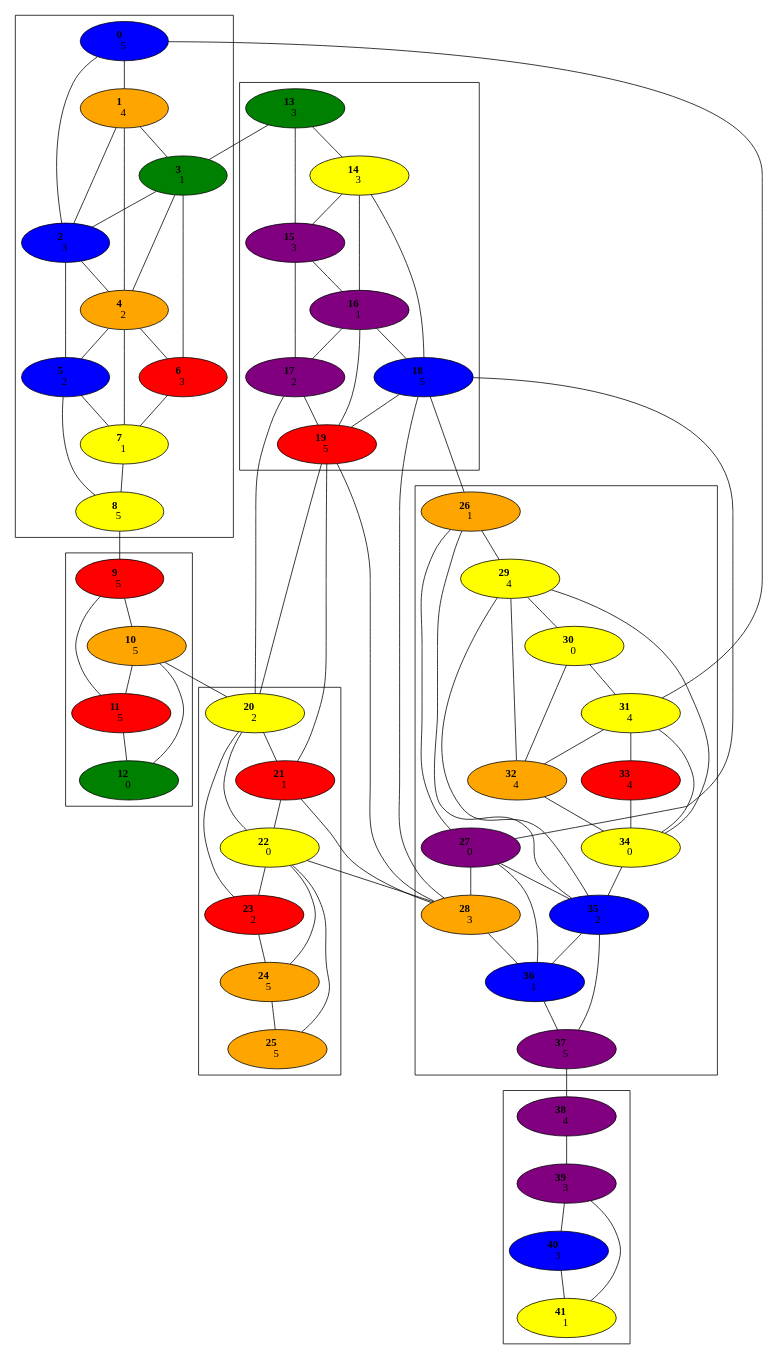
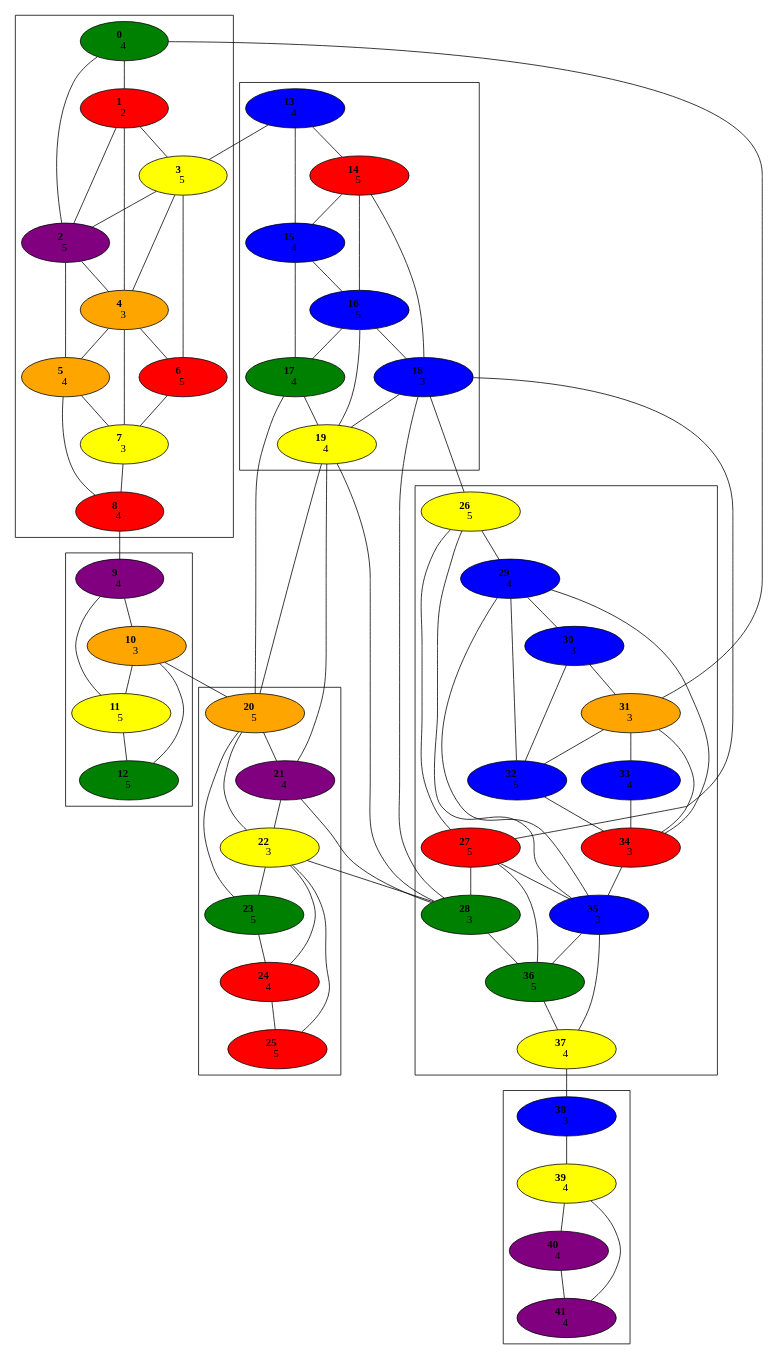
The diagram in Graph.gv (jsf2408/Risk), drawn with Graphviz before and after one commit. The commit also changed 2 other files, not shown here.

```diff
--- a/Graph.gv
+++ b/Graph.gv
@@ -136,88 +136,88 @@
 	39 -- 40
 	39 -- 41
 	40 -- 41
-	0 [fillcolor=blue style=filled]
-	1 [fillcolor=orange style=filled]
-	2 [fillcolor=blue style=filled]
-	3 [fillcolor=green style=filled]
+	0 [fillcolor=green style=filled]
+	1 [fillcolor=red style=filled]
+	2 [fillcolor=purple style=filled]
+	3 [fillcolor=yellow style=filled]
 	4 [fillcolor=orange style=filled]
-	5 [fillcolor=blue style=filled]
+	5 [fillcolor=orange style=filled]
 	6 [fillcolor=red style=filled]
 	7 [fillcolor=yellow style=filled]
-	8 [fillcolor=yellow style=filled]
-	9 [fillcolor=red style=filled]
+	8 [fillcolor=red style=filled]
+	9 [fillcolor=purple style=filled]
 	10 [fillcolor=orange style=filled]
-	11 [fillcolor=red style=filled]
+	11 [fillcolor=yellow style=filled]
 	12 [fillcolor=green style=filled]
-	13 [fillcolor=green style=filled]
-	14 [fillcolor=yellow style=filled]
-	15 [fillcolor=purple style=filled]
-	16 [fillcolor=purple style=filled]
-	17 [fillcolor=purple style=filled]
+	13 [fillcolor=blue style=filled]
+	14 [fillcolor=red style=filled]
+	15 [fillcolor=blue style=filled]
+	16 [fillcolor=blue style=filled]
+	17 [fillcolor=green style=filled]
 	18 [fillcolor=blue style=filled]
-	19 [fillcolor=red style=filled]
-	20 [fillcolor=yellow style=filled]
-	21 [fillcolor=red style=filled]
+	19 [fillcolor=yellow style=filled]
+	20 [fillcolor=orange style=filled]
+	21 [fillcolor=purple style=filled]
 	22 [fillcolor=yellow style=filled]
-	23 [fillcolor=red style=filled]
-	24 [fillcolor=orange style=filled]
-	25 [fillcolor=orange style=filled]
-	26 [fillcolor=orange style=filled]
-	27 [fillcolor=purple style=filled]
-	28 [fillcolor=orange style=filled]
-	29 [fillcolor=yellow style=filled]
-	30 [fillcolor=yellow style=filled]
-	31 [fillcolor=yellow style=filled]
-	32 [fillcolor=orange style=filled]
-	33 [fillcolor=red style=filled]
-	34 [fillcolor=yellow style=filled]
+	23 [fillcolor=green style=filled]
+	24 [fillcolor=red style=filled]
+	25 [fillcolor=red style=filled]
+	26 [fillcolor=yellow style=filled]
+	27 [fillcolor=red style=filled]
+	28 [fillcolor=green style=filled]
+	29 [fillcolor=blue style=filled]
+	30 [fillcolor=blue style=filled]
+	31 [fillcolor=orange style=filled]
+	32 [fillcolor=blue style=filled]
+	33 [fillcolor=blue style=filled]
+	34 [fillcolor=red style=filled]
 	35 [fillcolor=blue style=filled]
-	36 [fillcolor=blue style=filled]
-	37 [fillcolor=purple style=filled]
-	38 [fillcolor=purple style=filled]
-	39 [fillcolor=purple style=filled]
-	40 [fillcolor=blue style=filled]
-	41 [fillcolor=yellow style=filled]
-	0 [label=< <b>      0    </b> <br/>5>]
-	1 [label=< <b>      1    </b> <br/>4>]
-	2 [label=< <b>      2    </b> <br/>3>]
-	3 [label=< <b>      3    </b> <br/>1>]
-	4 [label=< <b>      4    </b> <br/>2>]
-	5 [label=< <b>      5    </b> <br/>2>]
-	6 [label=< <b>      6    </b> <br/>3>]
-	7 [label=< <b>      7    </b> <br/>1>]
-	8 [label=< <b>      8    </b> <br/>5>]
-	9 [label=< <b>      9    </b> <br/>5>]
-	10 [label=< <b>      10    </b> <br/>5>]
+	36 [fillcolor=green style=filled]
+	37 [fillcolor=yellow style=filled]
+	38 [fillcolor=blue style=filled]
+	39 [fillcolor=yellow style=filled]
+	40 [fillcolor=purple style=filled]
+	41 [fillcolor=purple style=filled]
+	0 [label=< <b>      0    </b> <br/>4>]
+	1 [label=< <b>      1    </b> <br/>2>]
+	2 [label=< <b>      2    </b> <br/>5>]
+	3 [label=< <b>      3    </b> <br/>5>]
+	4 [label=< <b>      4    </b> <br/>3>]
+	5 [label=< <b>      5    </b> <br/>4>]
+	6 [label=< <b>      6    </b> <br/>5>]
+	7 [label=< <b>      7    </b> <br/>3>]
+	8 [label=< <b>      8    </b> <br/>4>]
+	9 [label=< <b>      9    </b> <br/>4>]
+	10 [label=< <b>      10    </b> <br/>3>]
 	11 [label=< <b>      11    </b> <br/>5>]
-	12 [label=< <b>      12    </b> <br/>0>]
-	13 [label=< <b>      13    </b> <br/>3>]
-	14 [label=< <b>      14    </b> <br/>3>]
-	15 [label=< <b>      15    </b> <br/>3>]
-	16 [label=< <b>      16    </b> <br/>1>]
-	17 [label=< <b>      17    </b> <br/>2>]
-	18 [label=< <b>      18    </b> <br/>5>]
-	19 [label=< <b>      19    </b> <br/>5>]
-	20 [label=< <b>      20    </b> <br/>2>]
-	21 [label=< <b>      21    </b> <br/>1>]
-	22 [label=< <b>      22    </b> <br/>0>]
-	23 [label=< <b>      23    </b> <br/>2>]
-	24 [label=< <b>      24    </b> <br/>5>]
+	12 [label=< <b>      12    </b> <br/>5>]
+	13 [label=< <b>      13    </b> <br/>4>]
+	14 [label=< <b>      14    </b> <br/>5>]
+	15 [label=< <b>      15    </b> <br/>4>]
+	16 [label=< <b>      16    </b> <br/>5>]
+	17 [label=< <b>      17    </b> <br/>4>]
+	18 [label=< <b>      18    </b> <br/>3>]
+	19 [label=< <b>      19    </b> <br/>4>]
+	20 [label=< <b>      20    </b> <br/>5>]
+	21 [label=< <b>      21    </b> <br/>4>]
+	22 [label=< <b>      22    </b> <br/>3>]
+	23 [label=< <b>      23    </b> <br/>5>]
+	24 [label=< <b>      24    </b> <br/>4>]
 	25 [label=< <b>      25    </b> <br/>5>]
-	26 [label=< <b>      26    </b> <br/>1>]
-	27 [label=< <b>      27    </b> <br/>0>]
+	26 [label=< <b>      26    </b> <br/>5>]
+	27 [label=< <b>      27    </b> <br/>5>]
 	28 [label=< <b>      28    </b> <br/>3>]
 	29 [label=< <b>      29    </b> <br/>4>]
-	30 [label=< <b>      30    </b> <br/>0>]
-	31 [label=< <b>      31    </b> <br/>4>]
-	32 [label=< <b>      32    </b> <br/>4>]
+	30 [label=< <b>      30    </b> <br/>3>]
+	31 [label=< <b>      31    </b> <br/>3>]
+	32 [label=< <b>      32    </b> <br/>5>]
 	33 [label=< <b>      33    </b> <br/>4>]
-	34 [label=< <b>      34    </b> <br/>0>]
-	35 [label=< <b>      35    </b> <br/>2>]
-	36 [label=< <b>      36    </b> <br/>1>]
-	37 [label=< <b>      37    </b> <br/>5>]
-	38 [label=< <b>      38    </b> <br/>4>]
-	39 [label=< <b>      39    </b> <br/>3>]
-	40 [label=< <b>      40    </b> <br/>3>]
-	41 [label=< <b>      41    </b> <br/>1>]
+	34 [label=< <b>      34    </b> <br/>3>]
+	35 [label=< <b>      35    </b> <br/>3>]
+	36 [label=< <b>      36    </b> <br/>5>]
+	37 [label=< <b>      37    </b> <br/>4>]
+	38 [label=< <b>      38    </b> <br/>3>]
+	39 [label=< <b>      39    </b> <br/>4>]
+	40 [label=< <b>      40    </b> <br/>4>]
+	41 [label=< <b>      41    </b> <br/>4>]
 }
```
